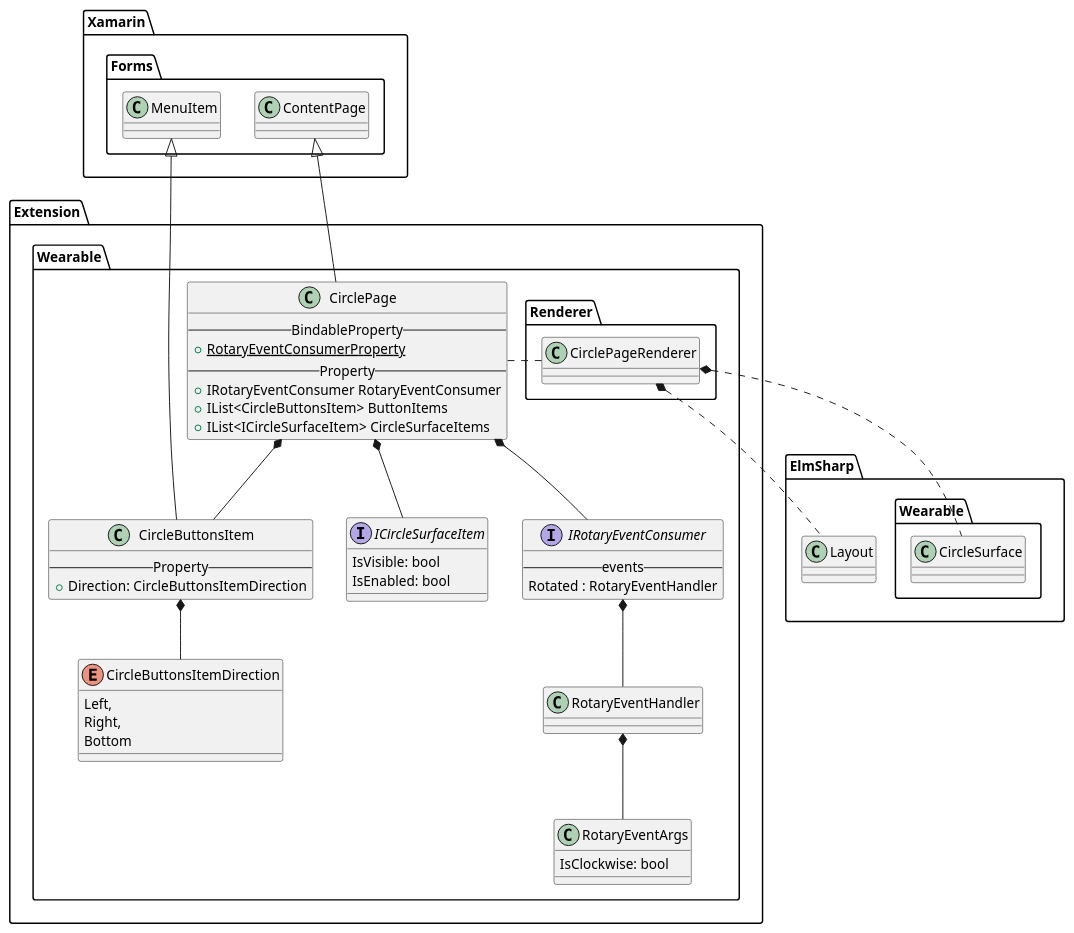
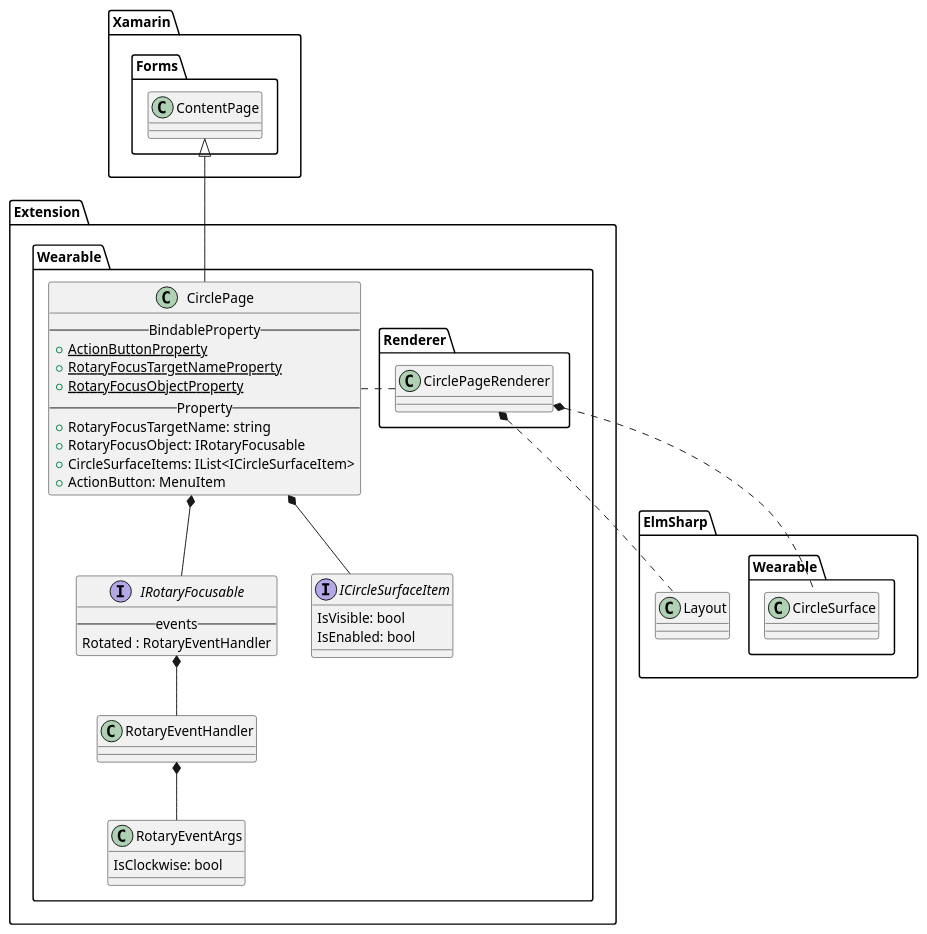
Before and after one commit to Samsung/Tizen.CircularUI: the first of 15 diagrams in doc/design/uml/CirclePage.wsd, drawn with PlantUML. The commit also changed other lines of this file and 36 other files, not shown here.

Commit message:
Fix CirclePage and Add TwoButtonPage

```diff
--- a/doc/design/uml/CirclePage.wsd
+++ b/doc/design/uml/CirclePage.wsd
@@ -1,69 +1,56 @@
 @startuml CirclePage.png
 
 package "Xamarin.Forms" {
     class ContentPage
-    class MenuItem
 }
 
 package "Extension.Wearable" {
     class RotaryEventHandler
     class RotaryEventArgs {
         IsClockwise: bool
     }
-    interface IRotaryEventConsumer {
+    interface IRotaryFocusable {
         --events--
         Rotated : RotaryEventHandler
     }
     class CirclePage {
         --BindableProperty--
-        {static} +RotaryEventConsumerProperty
+        {static} +ActionButtonProperty
+        {static} +RotaryFocusTargetNameProperty
+        {static} +RotaryFocusObjectProperty
         --Property--
-        +IRotaryEventConsumer RotaryEventConsumer
-        +IList<CircleButtonsItem> ButtonItems
-        +IList<ICircleSurfaceItem> CircleSurfaceItems
+        +RotaryFocusTargetName: string
+        +RotaryFocusObject: IRotaryFocusable
+        +CircleSurfaceItems: IList<ICircleSurfaceItem>
+        +ActionButton: MenuItem
     }
-
-    class CircleButtonsItem {
-        --Property--
-        +Direction: CircleButtonsItemDirection
-    }
-
-    enum CircleButtonsItemDirection {
-        Left,
-        Right,
-        Bottom
-    }
-
     interface ICircleSurfaceItem {
         IsVisible: bool
         IsEnabled: bool
     }
 
     CirclePage -u-|> ContentPage
-    CirclePage *-d- IRotaryEventConsumer
-    CirclePage *-d- CircleButtonsItem
-    CircleButtonsItem *-d- CircleButtonsItemDirection
+    CirclePage *-d- IRotaryFocusable
     CirclePage *-d- ICircleSurfaceItem
-    IRotaryEventConsumer *-- RotaryEventHandler
+    IRotaryFocusable *-- RotaryEventHandler
     RotaryEventHandler *-- RotaryEventArgs
-    CircleButtonsItem -u-|> MenuItem
 }
 
 package "Extension.Wearable.Renderer" {
     class CirclePageRenderer
     CirclePageRenderer .l. CirclePage
 }
 
 package "ElmSharp.Wearable" {
     class CircleSurface
     CirclePageRenderer *.. CircleSurface
 }
 
 package "ElmSharp" {
 
     class Layout
 
     CirclePageRenderer *.. Layout
 }
 
 @enduml
```
